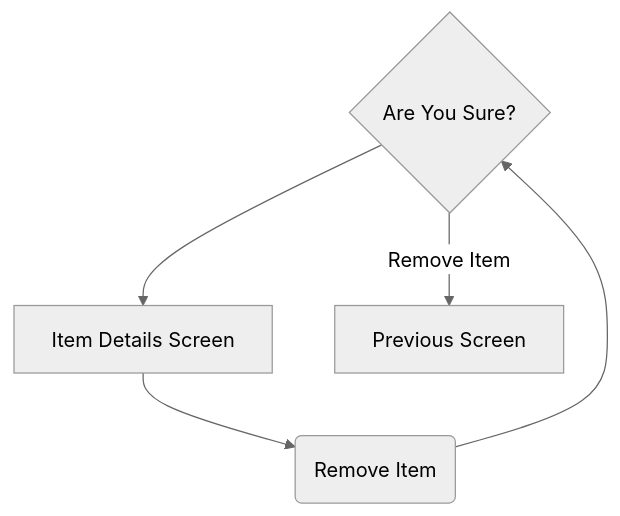
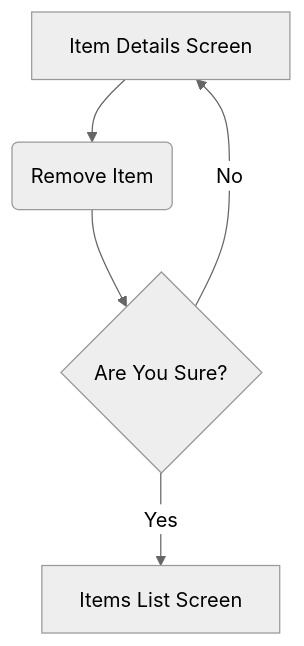
The third of 4 diagrams in Project_Ideas/Stoof/index.md (Corey255A1/Notes), drawn with Mermaid (neutral theme) before and after one commit. The commit also changed other lines of this file, not shown here.

````diff
--- a/Project_Ideas/Stoof/index.md
+++ b/Project_Ideas/Stoof/index.md
@@ -44,7 +44,7 @@
 ``` mermaid
 flowchart
+start[Item Details Screen]-->remove(Remove Item)-->areyousure
 areyousure@{ shape: diamond, label: "Are You Sure?" }
-areyousure-->start
-areyousure--Remove Item-->mainscreen[Previous Screen]
-start[Item Details Screen]-->remove(Remove Item)-->areyousure
+areyousure-- No -->start
+areyousure-- Yes -->mainscreen[Items List Screen]
 ```
````
